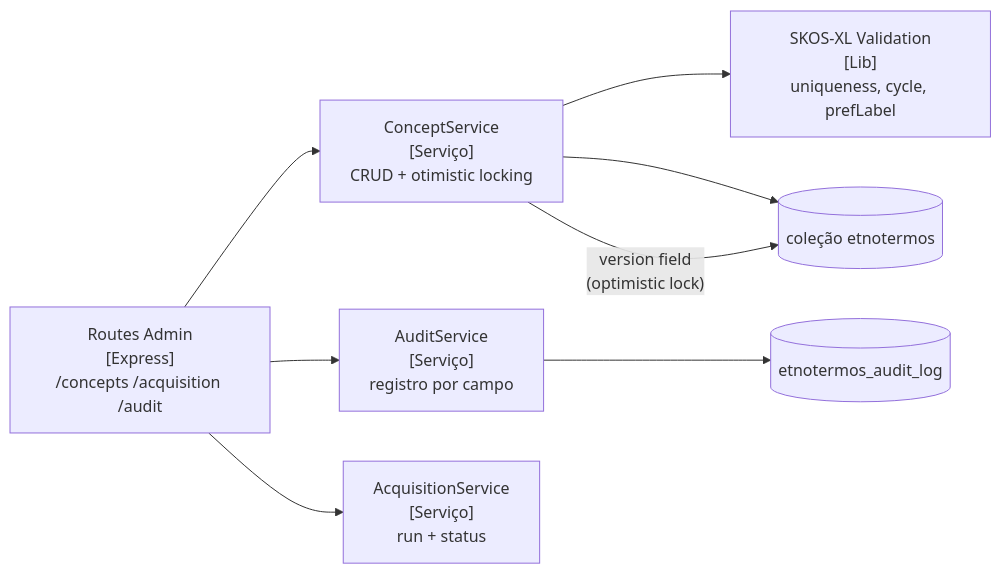
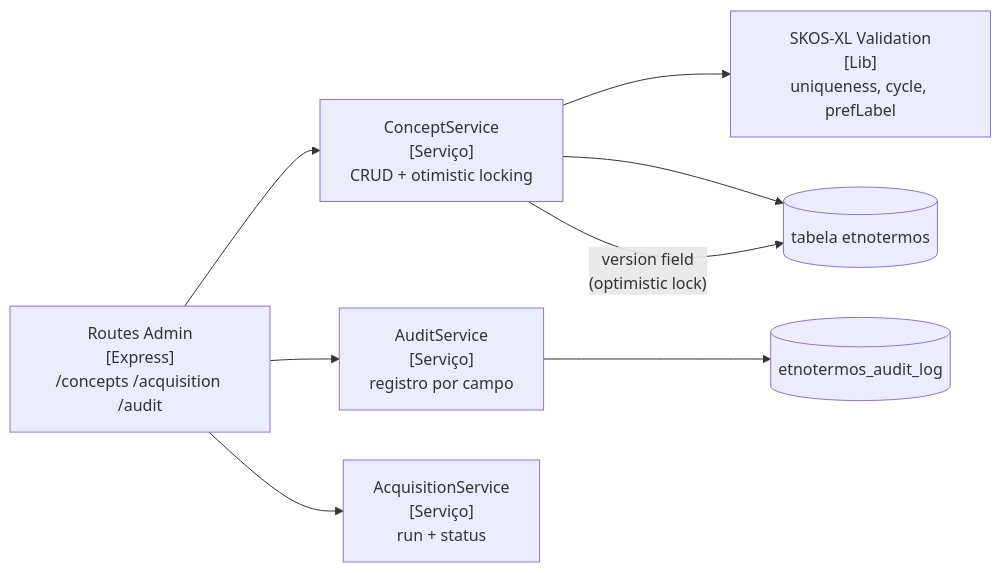
One commit to edalcin/etnotermos changed the fifth of 6 diagrams in README.md. Above: the diagram before and after it, drawn with Mermaid. The commit also changed other lines of this file and 54 other files, not shown here.

````diff
--- a/README.md
+++ b/README.md
@@ -225,18 +225,18 @@
 ```mermaid
 graph LR
     ROUTES["Routes Admin\n[Express]\n/concepts /acquisition /audit"]
     CS["ConceptService\n[Serviço]\nCRUD + otimistic locking"]
     AS["AuditService\n[Serviço]\nregistro por campo"]
     ACQS["AcquisitionService\n[Serviço]\nrun + status"]
     VALID["SKOS-XL Validation\n[Lib]\nuniqueness, cycle, prefLabel"]
-    COL[("coleção etnotermos")]
+    COL[("tabela etnotermos")]
     AUDIT[("etnotermos_audit_log")]
 
     ROUTES --> CS
     ROUTES --> AS
     ROUTES --> ACQS
     CS --> VALID
     CS --> COL
     CS -->|"version field\n(optimistic lock)"| COL
     AS --> AUDIT
 ```
````
